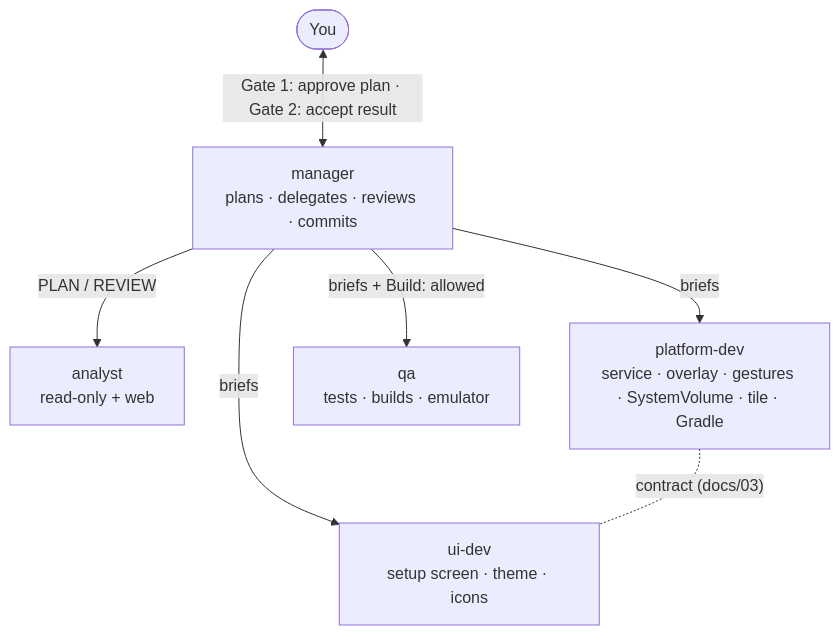
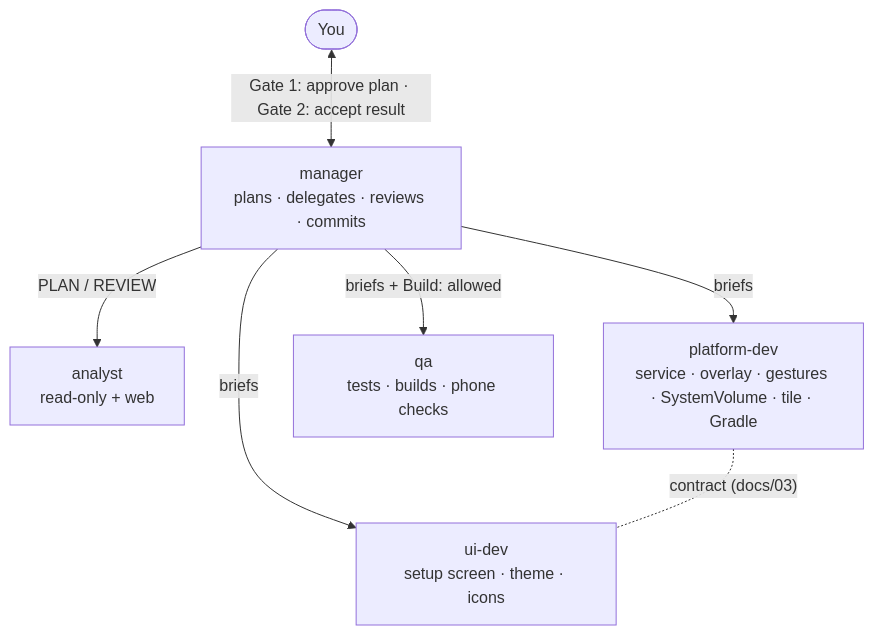
The first of 2 diagrams in docs/07-agent-team.md (Shivu-patil0/EdgeVol), drawn with Mermaid before and after one commit. The commit also changed other lines of this file and 14 other files, not shown here.

First line of the commit message:
test(m5): Robolectric UI/overlay/tile tests on API 26/30/35, phone-check script, test docs

````diff
--- a/docs/07-agent-team.md
+++ b/docs/07-agent-team.md
@@ -5,9 +5,9 @@
 ```mermaid
 flowchart TD
     U([You]) <-->|"Gate 1: approve plan · Gate 2: accept result"| M[manager<br/>plans · delegates · reviews · commits]
     M -->|PLAN / REVIEW| A[analyst<br/>read-only + web]
     M -->|briefs| P[platform-dev<br/>service · overlay · gestures · SystemVolume · tile · Gradle]
     M -->|briefs| UI[ui-dev<br/>setup screen · theme · icons]
-    M -->|briefs + Build: allowed| Q[qa<br/>tests · builds · emulator]
+    M -->|briefs + Build: allowed| Q[qa<br/>tests · builds · phone checks]
     P -. "contract (docs/03)" .- UI
 ```
````
